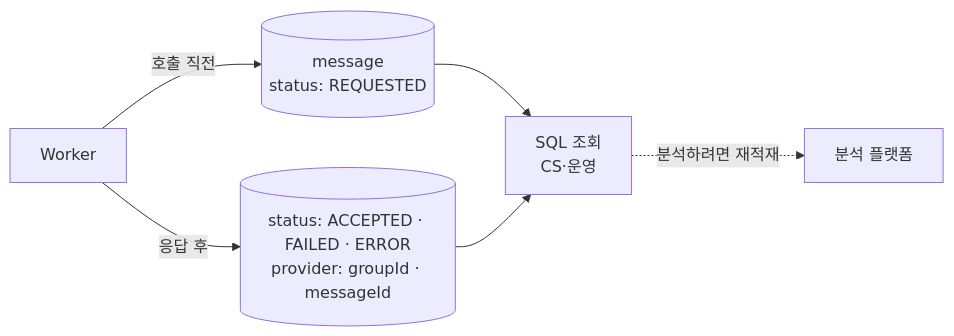
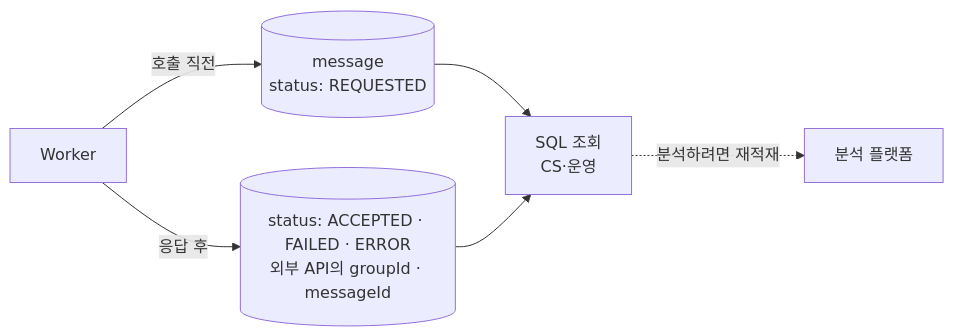
One commit to pythonstrup/myvelop changed the diagram in src/content/blog/ko/bullmq-notification-part-3-delivery-history.md. Above: the diagram before and after it, drawn with Mermaid. The commit also changed other lines of this file and 34 other files, not shown here.

```diff
--- a/src/content/blog/ko/bullmq-notification-part-3-delivery-history.md
+++ b/src/content/blog/ko/bullmq-notification-part-3-delivery-history.md
@@ -160,12 +161,12 @@
 <pre class="mermaid">
 
 flowchart LR
     accTitle: 이력 전용 관계형 DB
-    accDescr: 워커가 provider 호출 직전에 메시지 행과 REQUESTED 상태를 쓰고, 응답을 받은 뒤 마감 상태와 provider 식별자를 각각 추가한다. 분석이 필요하면 별도 파이프라인으로 분석 플랫폼에 다시 옮겨야 한다.
+    accDescr: 워커가 외부 API 호출 직전에 메시지 행과 REQUESTED 상태를 쓰고, 응답을 받은 뒤 마감 상태와 외부 API의 식별자를 각각 추가한다. 분석이 필요하면 별도 파이프라인으로 분석 플랫폼에 다시 옮겨야 한다.
     W["Worker"] --&gt;|"호출 직전"| M[("message<br/>status: REQUESTED")]
-    W --&gt;|"응답 후"| S[("status: ACCEPTED · FAILED · ERROR<br/>provider: groupId · messageId")]
+    W --&gt;|"응답 후"| S[("status: ACCEPTED · FAILED · ERROR<br/>외부 API의 groupId · messageId")]
     M --&gt; SQL["SQL 조회<br/>CS·운영"]
     S --&gt; SQL
     SQL -. "분석하려면 재적재" .-&gt; AP["분석 플랫폼"]
 
 </pre>
```
